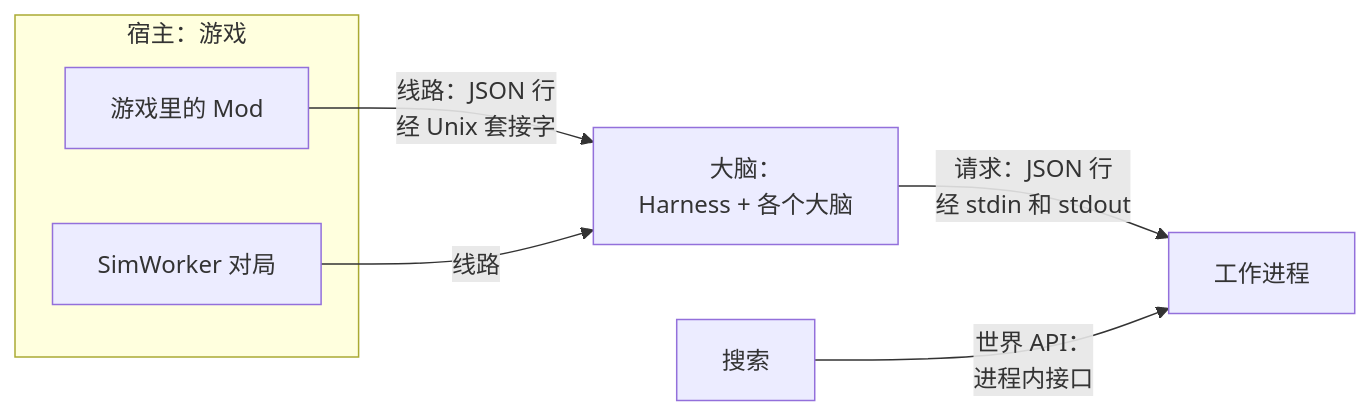
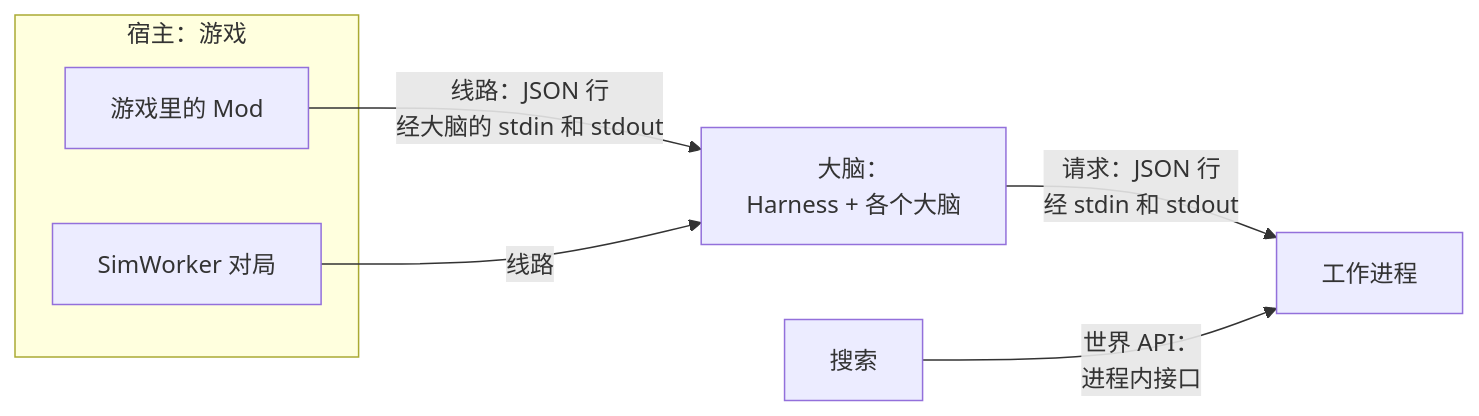
One commit to shinnku-nikaidou/spire-zero changed the diagram in docs/src/content/docs/arch/protocol/index.mdx. Above: the diagram before and after it, drawn with Mermaid. The commit also changed other lines of this file and 164 other files, not shown here.

````diff
--- a/docs/src/content/docs/arch/protocol/index.mdx
+++ b/docs/src/content/docs/arch/protocol/index.mdx
@@ -25,14 +25,14 @@
 ```mermaid
 flowchart LR
   subgraph host["宿主：游戏"]
     M["游戏里的 Mod"]
     S["SimWorker 对局"]
   end
   B["大脑：<br/>Harness + 各个大脑"]
   W["工作进程"]
   X["搜索"]
-  M -- "线路：JSON 行<br/>经 Unix 套接字" --> B
+  M -- "线路：JSON 行<br/>经大脑的 stdin 和 stdout" --> B
   S -- "线路" --> B
   B -- "请求：JSON 行<br/>经 stdin 和 stdout" --> W
   X -- "世界 API：<br/>进程内接口" --> W
 ```
````
